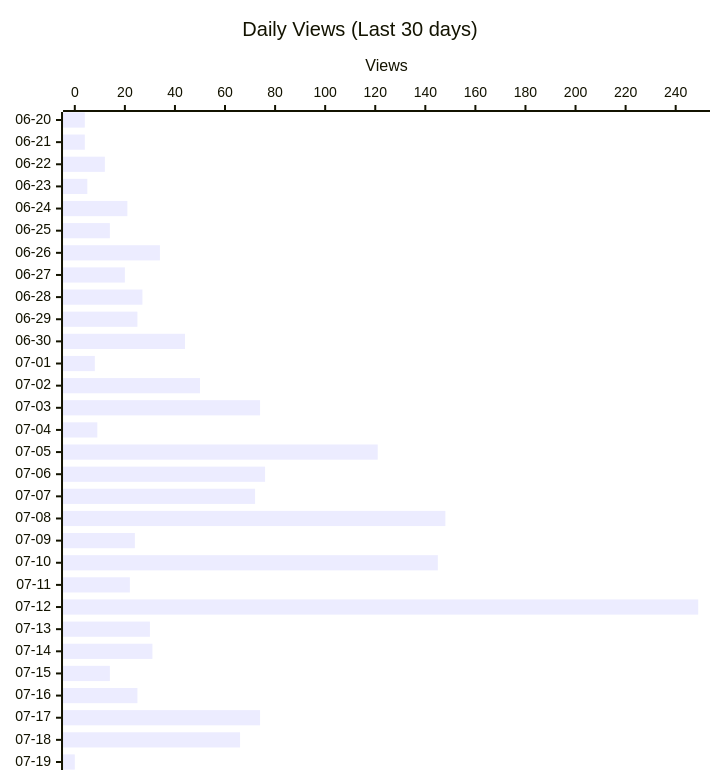
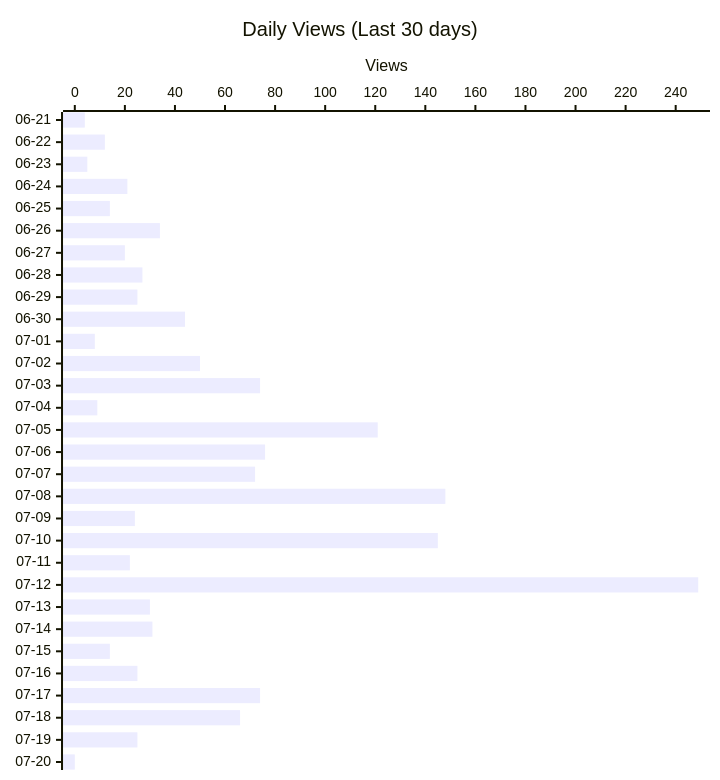
One commit to shigechika/github-insights changed the second of 4 diagrams in README.md. Above: the diagram before and after it, drawn with Mermaid. The commit also changed other lines of this file and 2 other files, not shown here.

````diff
--- a/README.md
+++ b/README.md
@@ -28,12 +28,12 @@
 ```mermaid
 ---
 config:
   xyChart:
     height: 760
 ---
 xychart-beta horizontal
     title "Daily Views (Last 30 days)"
-    x-axis ["06-20", "06-21", "06-22", "06-23", "06-24", "06-25", "06-26", "06-27", "06-28", "06-29", "06-30", "07-01", "07-02", "07-03", "07-04", "07-05", "07-06", "07-07", "07-08", "07-09", "07-10", "07-11", "07-12", "07-13", "07-14", "07-15", "07-16", "07-17", "07-18", "07-19"]
+    x-axis ["06-21", "06-22", "06-23", "06-24", "06-25", "06-26", "06-27", "06-28", "06-29", "06-30", "07-01", "07-02", "07-03", "07-04", "07-05", "07-06", "07-07", "07-08", "07-09", "07-10", "07-11", "07-12", "07-13", "07-14", "07-15", "07-16", "07-17", "07-18", "07-19", "07-20"]
     y-axis "Views"
-    bar [4, 4, 12, 5, 21, 14, 34, 20, 27, 25, 44, 8, 50, 74, 9, 121, 76, 72, 148, 24, 145, 22, 249, 30, 31, 14, 25, 74, 66, 0]
+    bar [4, 12, 5, 21, 14, 34, 20, 27, 25, 44, 8, 50, 74, 9, 121, 76, 72, 148, 24, 145, 22, 249, 30, 31, 14, 25, 74, 66, 25, 0]
 ```
````
